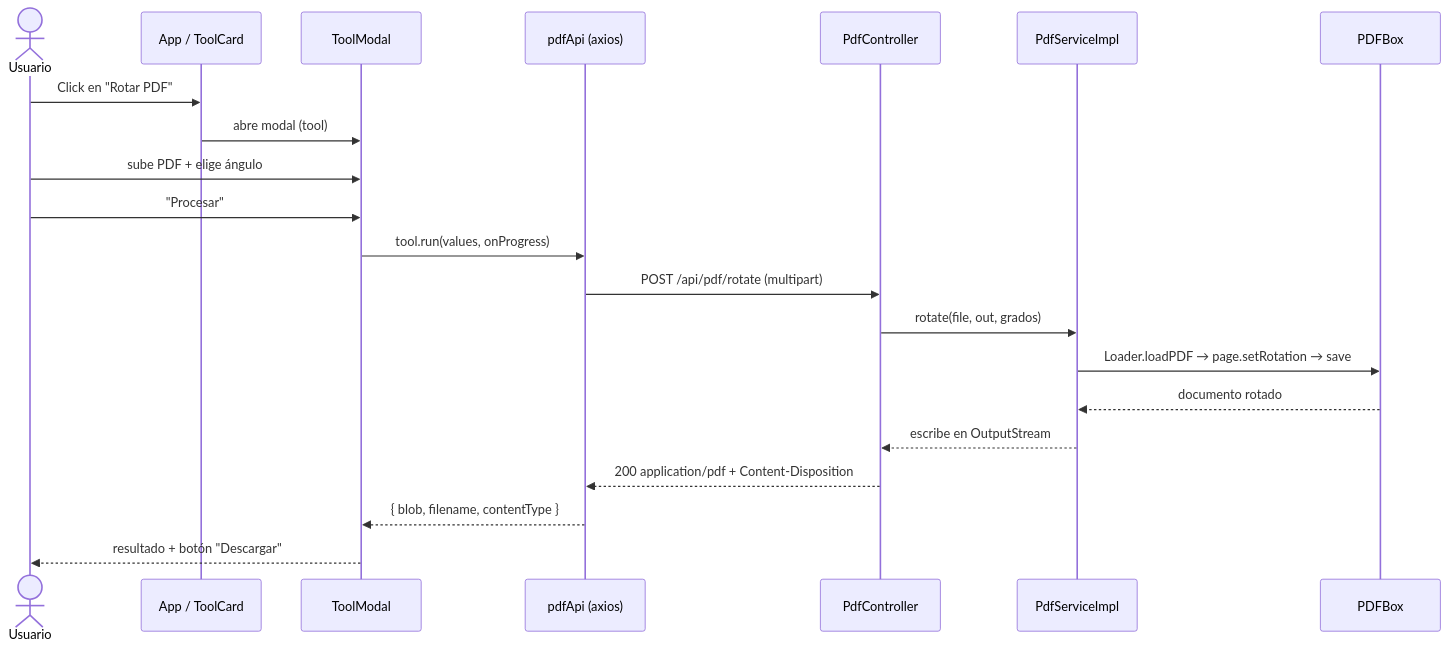
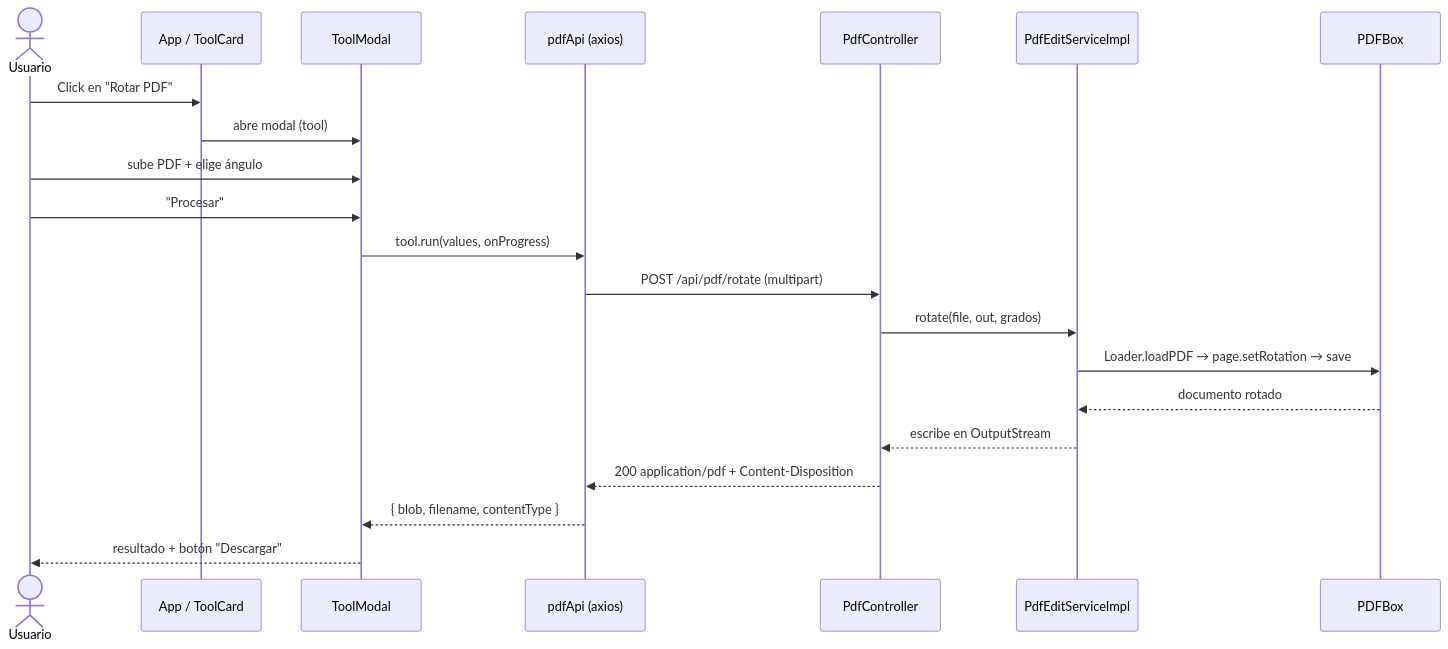
Before and after one commit to programming0026/pdf-converter: the fifth of 6 diagrams in README.md, drawn with Mermaid. The commit also changed other lines of this file and 32 other files, not shown here.

````diff
--- a/README.md
+++ b/README.md
@@ -202,24 +226,24 @@
 ```mermaid
 sequenceDiagram
     actor U as Usuario
     participant App as App / ToolCard
     participant M as ToolModal
     participant API as pdfApi (axios)
     participant C as PdfController
-    participant S as PdfServiceImpl
+    participant S as PdfEditServiceImpl
     participant P as PDFBox
 
     U->>App: Click en "Rotar PDF"
     App->>M: abre modal (tool)
     U->>M: sube PDF + elige ángulo
     U->>M: "Procesar"
     M->>API: tool.run(values, onProgress)
     API->>C: POST /api/pdf/rotate (multipart)
     C->>S: rotate(file, out, grados)
     S->>P: Loader.loadPDF → page.setRotation → save
     P-->>S: documento rotado
     S-->>C: escribe en OutputStream
     C-->>API: 200 application/pdf + Content-Disposition
     API-->>M: { blob, filename, contentType }
     M-->>U: resultado + botón "Descargar"
 ```
````
